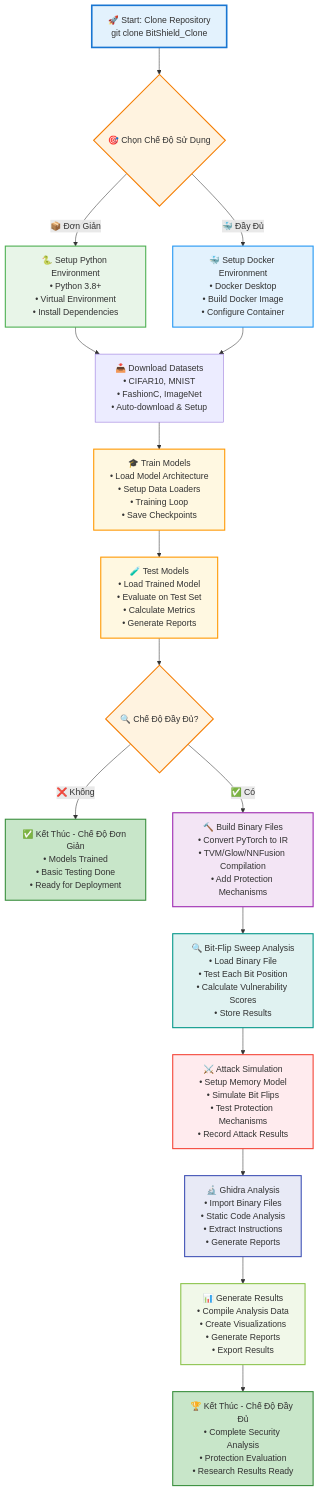
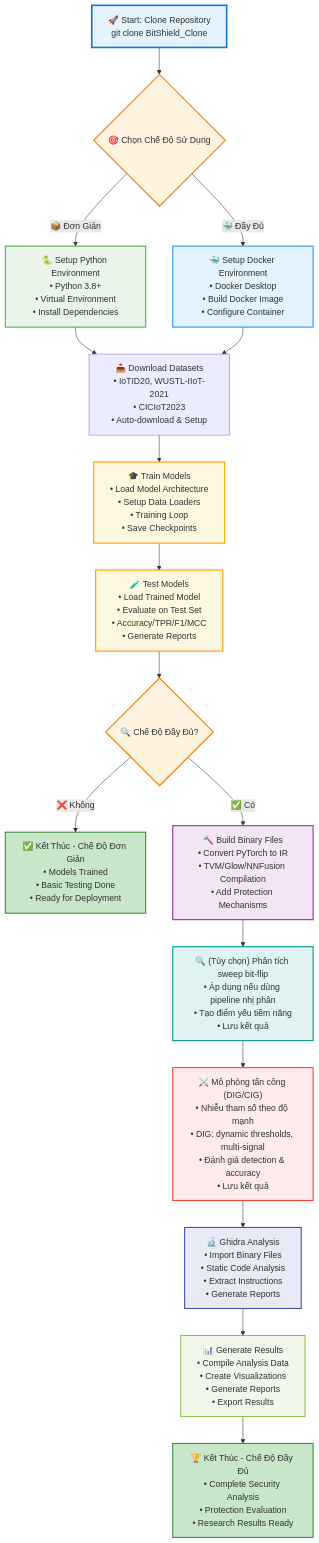
One commit to kOpHAIvU/BitShield_Clone changed the first of 5 diagrams in FLOWCHARTS_DETAILED.md. Above: the diagram before and after it, drawn with Mermaid. The commit also changed other lines of this file and 12 other files, not shown here.

````diff
--- a/FLOWCHARTS_DETAILED.md
+++ b/FLOWCHARTS_DETAILED.md
@@ -13,38 +239,44 @@
 ```mermaid
 graph TD
     A["🚀 Start: Clone Repository<br/>git clone BitShield_Clone"] --> B{"🎯 Chọn Chế Độ Sử Dụng"}
     
     B -->|"📦 Đơn Giản"| C["🐍 Setup Python Environment<br/>• Python 3.8+<br/>• Virtual Environment<br/>• Install Dependencies"]
     B -->|"🐳 Đầy Đủ"| D["🐳 Setup Docker Environment<br/>• Docker Desktop<br/>• Build Docker Image<br/>• Configure Container"]
     
-    C --> E["📥 Download Datasets<br/>• CIFAR10, MNIST<br/>• FashionC, ImageNet<br/>• Auto-download & Setup"]
+    C --> E["📥 Download Datasets<br/>• IoTID20, WUSTL-IIoT-2021<br/>• CICIoT2023<br/>• Auto-download & Setup"]
     D --> E
     
     E --> F["🎓 Train Models<br/>• Load Model Architecture<br/>• Setup Data Loaders<br/>• Training Loop<br/>• Save Checkpoints"]
-    F --> G["🧪 Test Models<br/>• Load Trained Model<br/>• Evaluate on Test Set<br/>• Calculate Metrics<br/>• Generate Reports"]
+    F --> G["🧪 Test Models<br/>• Load Trained Model<br/>• Evaluate on Test Set<br/>• Accuracy/TPR/F1/MCC<br/>• Generate Reports"]
     
     G --> H{"🔍 Chế Độ Đầy Đủ?"}
     H -->|"❌ Không"| I["✅ Kết Thúc - Chế Độ Đơn Giản<br/>• Models Trained<br/>• Basic Testing Done<br/>• Ready for Deployment"]
     H -->|"✅ Có"| J["🔨 Build Binary Files<br/>• Convert PyTorch to IR<br/>• TVM/Glow/NNFusion Compilation<br/>• Add Protection Mechanisms"]
     
-    J --> K["🔍 Bit-Flip Sweep Analysis<br/>• Load Binary File<br/>• Test Each Bit Position<br/>• Calculate Vulnerability Scores<br/>• Store Results"]
-    K --> L["⚔️ Attack Simulation<br/>• Setup Memory Model<br/>• Simulate Bit Flips<br/>• Test Protection Mechanisms<br/>• Record Attack Results"]
+    J --> K["🔍 (Tùy chọn) Phân tích sweep bit-flip<br/>• Áp dụng nếu dùng pipeline nhị phân
+• Tạo điểm yếu tiềm năng
+• Lưu kết quả"]
+    K --> L["⚔️ Mô phỏng tấn công (DIG/CIG)
+• Nhiễu tham số theo độ mạnh
+• DIG: dynamic thresholds, multi-signal
+• Đánh giá detection & accuracy
+• Lưu kết quả"]
     L --> M["🔬 Ghidra Analysis<br/>• Import Binary Files<br/>• Static Code Analysis<br/>• Extract Instructions<br/>• Generate Reports"]
     M --> N["📊 Generate Results<br/>• Compile Analysis Data<br/>• Create Visualizations<br/>• Generate Reports<br/>• Export Results"]
     N --> O["🏆 Kết Thúc - Chế Độ Đầy Đủ<br/>• Complete Security Analysis<br/>• Protection Evaluation<br/>• Research Results Ready"]
     
     style A fill:#e3f2fd,stroke:#1976d2,stroke-width:3px
     style I fill:#c8e6c9,stroke:#388e3c,stroke-width:2px
     style O fill:#c8e6c9,stroke:#388e3c,stroke-width:2px
     style B fill:#fff3e0,stroke:#f57c00,stroke-width:2px
     style H fill:#fff3e0,stroke:#f57c00,stroke-width:2px
     style C fill:#e8f5e8,stroke:#4caf50,stroke-width:2px
     style D fill:#e3f2fd,stroke:#2196f3,stroke-width:2px
     style F fill:#fff8e1,stroke:#ff9800,stroke-width:2px
     style G fill:#fff8e1,stroke:#ff9800,stroke-width:2px
     style J fill:#f3e5f5,stroke:#9c27b0,stroke-width:2px
     style K fill:#e0f2f1,stroke:#009688,stroke-width:2px
     style L fill:#ffebee,stroke:#f44336,stroke-width:2px
     style M fill:#e8eaf6,stroke:#3f51b5,stroke-width:2px
     style N fill:#f1f8e9,stroke:#8bc34a,stroke-width:2px
 ```
````
